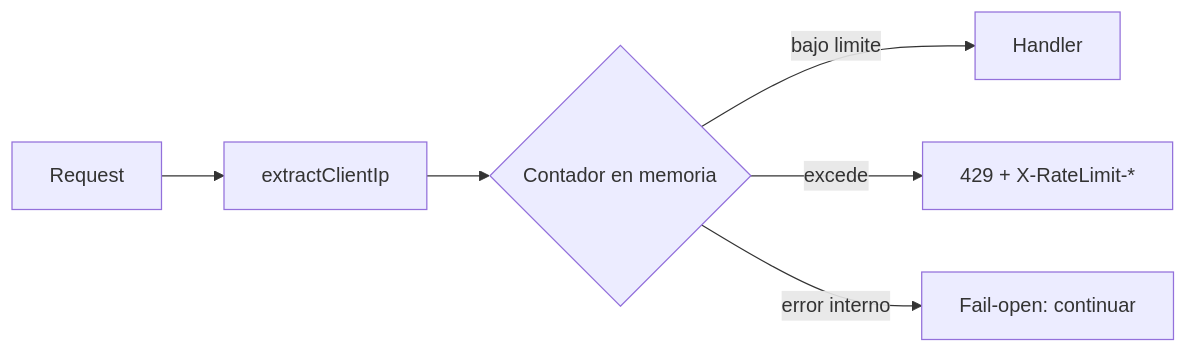
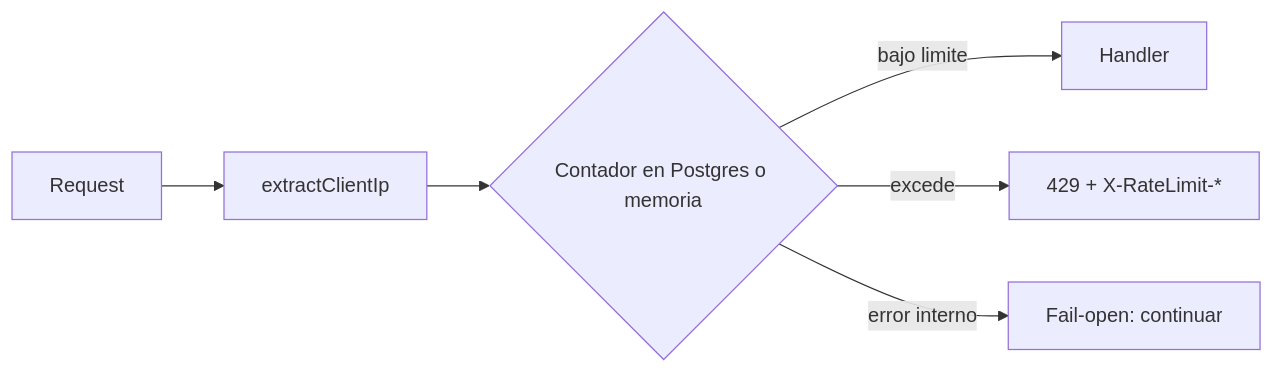
Before and after one commit to StrategicConnex/StrategicConnexAudit: the second of 2 diagrams in docs/security.md, drawn with Mermaid. The commit also changed other lines of this file and 19 other files, not shown here.

````diff
--- a/docs/security.md
+++ b/docs/security.md
@@ -360,8 +362,8 @@
 ```mermaid
 flowchart LR
   A[Request] --> B[extractClientIp]
-  B --> C{Contador en memoria}
+  B --> C{Contador en Postgres o memoria}
   C -->|bajo limite| D[Handler]
   C -->|excede| E[429 + X-RateLimit-*]
   C -->|error interno| F[Fail-open: continuar]
 ```
````
